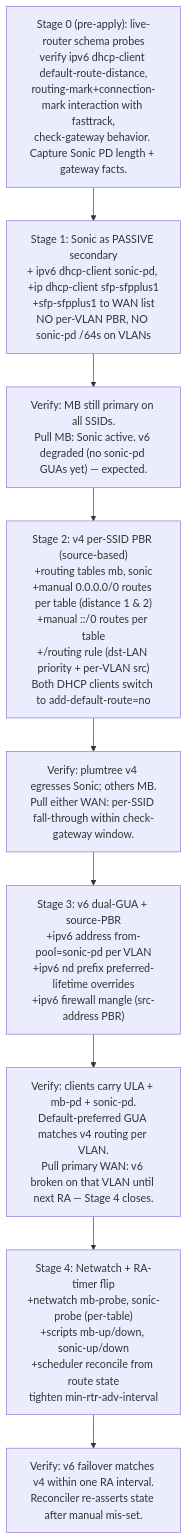
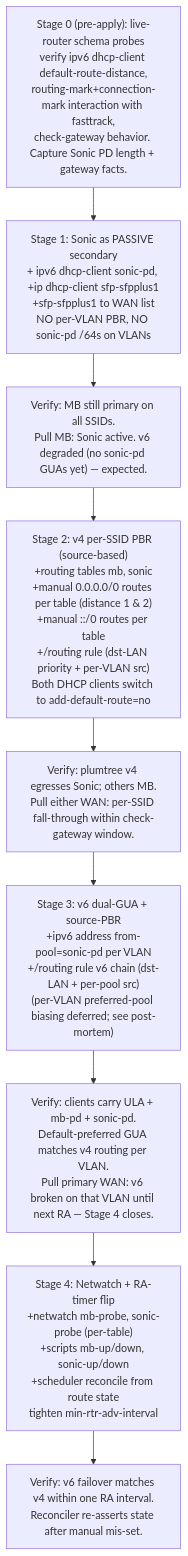
The diagram in mikrotik-router/SONIC-PLAN.md (gkanapathy/network-management), drawn with Mermaid before and after one commit. The commit also changed other lines of this file and 4 other files, not shown here.

````diff
--- a/mikrotik-router/SONIC-PLAN.md
+++ b/mikrotik-router/SONIC-PLAN.md
@@ -20,13 +20,13 @@
 ```mermaid
 flowchart TD
     S0["Stage 0 (pre-apply): live-router schema probes<br/>verify ipv6 dhcp-client default-route-distance,<br/>routing-mark+connection-mark interaction with fasttrack,<br/>check-gateway behavior. Capture Sonic PD length + gateway facts."]
     S1["Stage 1: Sonic as PASSIVE secondary<br/>+ ipv6 dhcp-client sonic-pd, +ip dhcp-client sfp-sfpplus1<br/>+sfp-sfpplus1 to WAN list<br/>NO per-VLAN PBR, NO sonic-pd /64s on VLANs"]
     S2["Stage 2: v4 per-SSID PBR (source-based)<br/>+routing tables mb, sonic<br/>+manual 0.0.0.0/0 routes per table (distance 1 & 2)<br/>+manual ::/0 routes per table<br/>+/routing rule (dst-LAN priority + per-VLAN src)<br/>Both DHCP clients switch to add-default-route=no"]
-    S3["Stage 3: v6 dual-GUA + source-PBR<br/>+ipv6 address from-pool=sonic-pd per VLAN<br/>+ipv6 nd prefix preferred-lifetime overrides<br/>+ipv6 firewall mangle (src-address PBR)"]
+    S3["Stage 3: v6 dual-GUA + source-PBR<br/>+ipv6 address from-pool=sonic-pd per VLAN<br/>+/routing rule v6 chain (dst-LAN + per-pool src)<br/>(per-VLAN preferred-pool biasing deferred; see post-mortem)"]
     S4["Stage 4: Netwatch + RA-timer flip<br/>+netwatch mb-probe, sonic-probe (per-table)<br/>+scripts mb-up/down, sonic-up/down<br/>+scheduler reconcile from route state<br/>tighten min-rtr-adv-interval"]
     Verify1["Verify: MB still primary on all SSIDs.<br/>Pull MB: Sonic active. v6 degraded (no sonic-pd GUAs yet) — expected."]
     Verify2["Verify: plumtree v4 egresses Sonic; others MB.<br/>Pull either WAN: per-SSID fall-through within check-gateway window."]
     Verify3["Verify: clients carry ULA + mb-pd + sonic-pd.<br/>Default-preferred GUA matches v4 routing per VLAN.<br/>Pull primary WAN: v6 broken on that VLAN until next RA — Stage 4 closes."]
     Verify4["Verify: v6 failover matches v4 within one RA interval.<br/>Reconciler re-asserts state after manual mis-set."]
     S0 --> S1 --> Verify1 --> S2 --> Verify2 --> S3 --> Verify3 --> S4 --> Verify4
 ```
````
